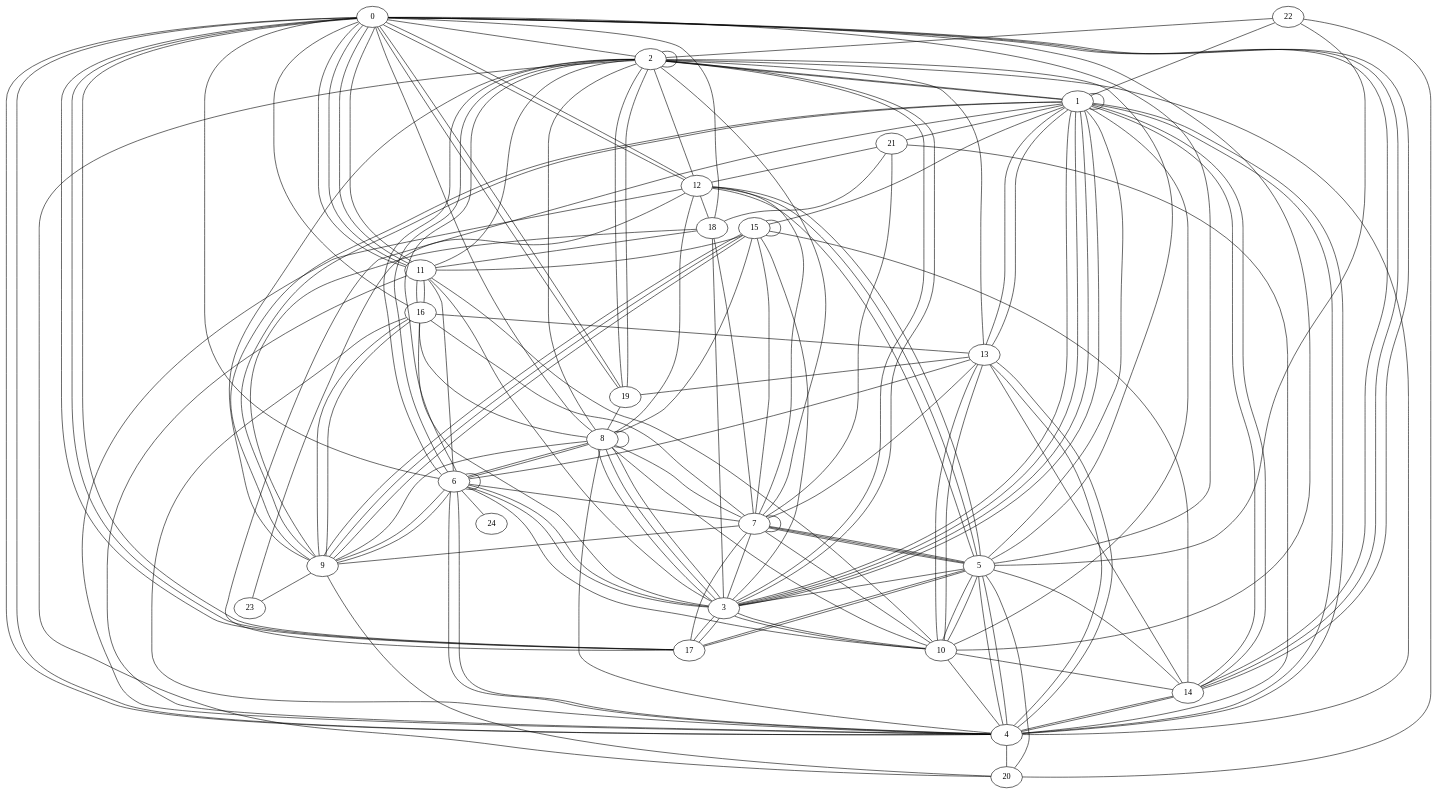
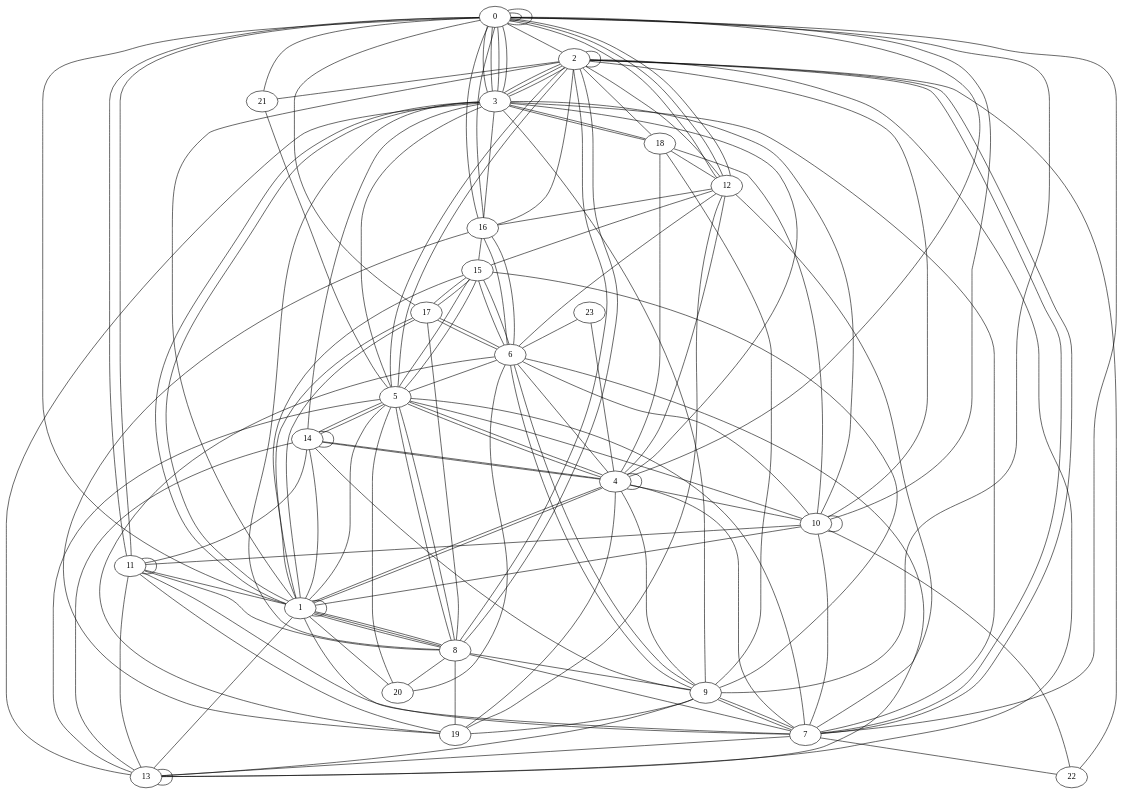
The diagram in feeds/out/O-9-25-25-PM.dot (denizsurmeli/random-graph-generator), drawn with Graphviz before and after one commit. The commit also changed 68 other files, not shown here.

```diff
--- a/feeds/out/O-9-25-25-PM.dot
+++ b/feeds/out/O-9-25-25-PM.dot
@@ -1,186 +1,170 @@
 graph G {
 0;
 1;
 2;
 3;
 4;
 5;
 6;
 7;
 8;
 9;
 10;
 11;
 12;
 13;
 14;
 15;
 16;
 17;
 18;
 19;
 20;
 21;
 22;
 23;
-24;
-22--1 ;
-4--2 ;
-6--6 ;
-13--7 ;
+8--2 ;
+19--4 ;
+13--5 ;
+14--11 ;
+10--0 ;
+1--17 ;
+14--4 ;
+8--19 ;
+22--10 ;
+2--7 ;
+13--3 ;
+6--15 ;
+7--3 ;
+13--13 ;
+5--2 ;
+4--6 ;
+6--17 ;
+9--13 ;
 9--18 ;
-23--12 ;
+1--3 ;
+8--1 ;
+3--0 ;
+5--15 ;
+14--4 ;
+13--11 ;
+4--5 ;
+7--0 ;
+1--3 ;
+7--9 ;
+11--11 ;
+18--12 ;
+20--6 ;
+1--5 ;
 13--2 ;
+12--0 ;
+6--16 ;
+4--10 ;
+4--1 ;
+16--0 ;
+7--8 ;
+14--13 ;
+0--0 ;
+17--15 ;
+9--6 ;
+10--1 ;
+7--13 ;
+8--2 ;
 1--13 ;
-6--2 ;
-2--8 ;
-17--7 ;
+7--10 ;
+8--11 ;
+3--0 ;
+10--10 ;
+20--5 ;
+3--0 ;
+2--7 ;
+8--1 ;
+1--20 ;
+2--3 ;
+3--2 ;
+19--16 ;
+19--6 ;
+8--5 ;
+7--1 ;
+16--15 ;
+16--2 ;
+3--10 ;
+9--19 ;
+1--15 ;
+7--22 ;
+3--8 ;
+12--16 ;
+23--4 ;
+17--8 ;
+9--7 ;
+8--9 ;
+1--2 ;
+3--0 ;
+1--0 ;
+6--15 ;
+9--15 ;
+11--0 ;
+4--4 ;
+11--7 ;
+16--3 ;
+0--2 ;
+1--4 ;
+2--12 ;
+6--10 ;
+3--14 ;
+0--17 ;
+3--9 ;
+1--14 ;
+18--2 ;
+4--9 ;
+0--0 ;
+2--3 ;
+1--17 ;
+18--10 ;
+8--5 ;
+23--6 ;
+11--19 ;
+6--13 ;
+9--6 ;
+18--3 ;
+2--22 ;
+8--20 ;
+6--5 ;
+5--15 ;
+21--5 ;
+0--9 ;
+1--8 ;
+7--12 ;
+5--14 ;
+5--2 ;
+15--17 ;
+5--4 ;
+0--12 ;
+17--6 ;
+4--18 ;
+1--1 ;
+10--11 ;
+7--4 ;
+0--11 ;
+11--1 ;
+12--0 ;
+2--2 ;
 10--5 ;
-1--21 ;
-18--21 ;
-19--2 ;
-10--4 ;
+14--14 ;
+5--7 ;
+15--12 ;
+16--6 ;
+10--2 ;
+12--6 ;
+3--18 ;
+9--14 ;
+0--21 ;
+16--0 ;
+3--4 ;
+14--5 ;
+3--5 ;
 4--0 ;
-5--10 ;
-11--6 ;
-15--8 ;
-21--12 ;
-5--4 ;
-8--4 ;
-12--5 ;
-5--7 ;
-0--14 ;
-17--1 ;
-2--3 ;
-15--7 ;
-19--8 ;
-15--9 ;
-8--3 ;
-10--3 ;
-10--6 ;
-0--2 ;
-15--14 ;
-8--8 ;
-1--3 ;
-9--8 ;
-13--10 ;
-15--9 ;
-3--18 ;
-0--5 ;
-11--0 ;
-3--1 ;
-22--2 ;
-0--6 ;
-0--17 ;
-14--4 ;
-16--8 ;
-7--18 ;
-1--3 ;
-16--7 ;
-11--10 ;
-2--19 ;
-17--5 ;
-8--6 ;
-6--2 ;
-2--9 ;
-0--12 ;
-11--0 ;
-12--5 ;
-4--6 ;
-7--21 ;
-18--11 ;
-7--9 ;
-7--8 ;
-17--0 ;
-9--23 ;
-2--3 ;
-17--0 ;
-3--17 ;
-6--9 ;
-15--11 ;
-9--20 ;
 12--4 ;
-1--4 ;
-16--13 ;
-0--10 ;
-5--20 ;
-0--11 ;
-4--13 ;
-7--7 ;
-2--1 ;
-6--9 ;
-22--5 ;
-6--7 ;
-3--17 ;
-8--6 ;
-2--20 ;
-7--5 ;
-9--16 ;
-6--24 ;
-5--1 ;
-16--4 ;
-1--14 ;
-8--3 ;
-10--1 ;
-0--4 ;
-10--14 ;
-1--2 ;
-10--13 ;
-0--19 ;
-11--2 ;
-19--0 ;
-3--6 ;
-1--15 ;
-16--0 ;
-0--14 ;
-4--14 ;
-4--1 ;
-3--1 ;
-4--13 ;
-3--16 ;
-12--18 ;
-0--14 ;
-1--9 ;
-13--14 ;
-11--16 ;
-16--11 ;
-12--5 ;
-8--0 ;
-15--9 ;
-4--21 ;
-3--6 ;
-3--10 ;
-12--2 ;
-4--6 ;
-12--0 ;
-5--4 ;
-6--13 ;
-9--16 ;
-14--1 ;
-11--0 ;
-13--19 ;
-5--3 ;
-7--5 ;
-10--8 ;
-1--13 ;
-2--2 ;
-15--3 ;
-3--7 ;
-22--20 ;
-18--0 ;
-17--5 ;
-11--3 ;
-7--2 ;
-2--6 ;
-1--1 ;
-10--7 ;
-5--14 ;
-3--8 ;
-15--15 ;
-4--11 ;
-4--20 ;
-5--2 ;
-8--12 ;
-1--9 ;
-7--12 ;
+2--21 ;
+19--12 ;
 }
```
